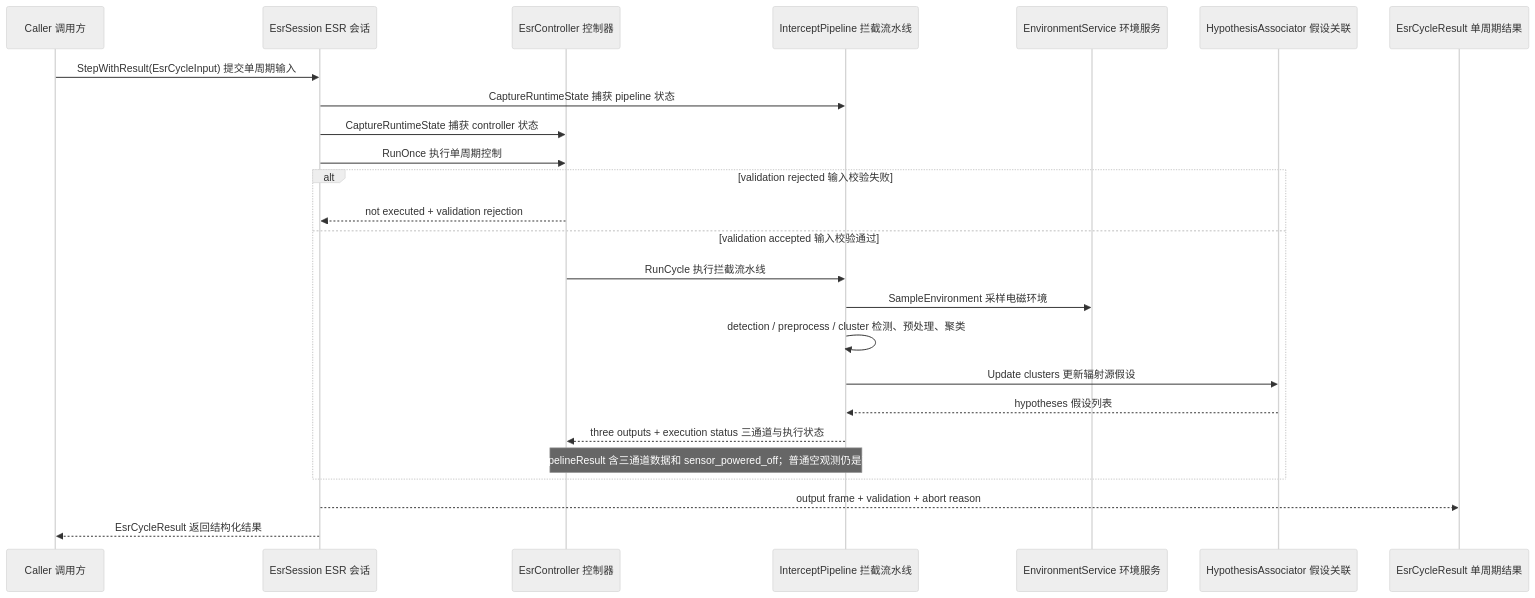
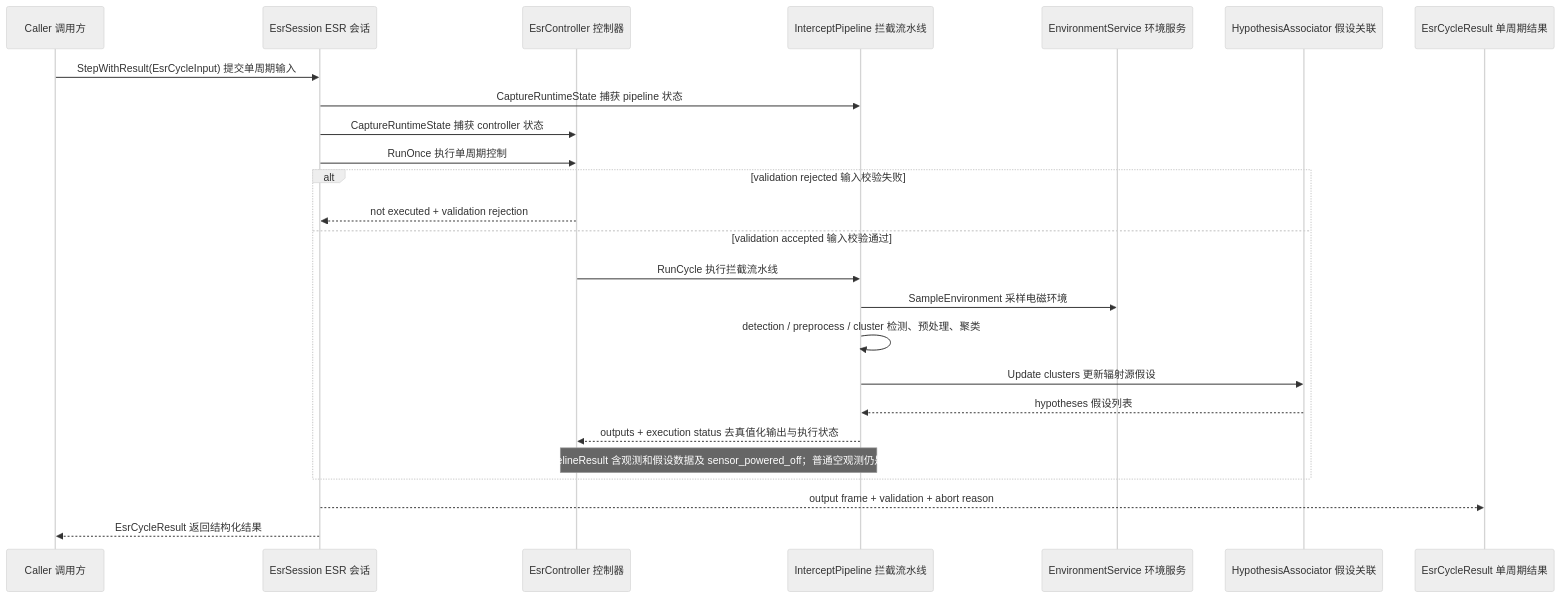
The second of 5 diagrams in docs/electronic_surveillance_radar/design.md (boilwater-3/1q), drawn with Mermaid (neutral theme) before and after one commit. The commit also changed other lines of this file and 18 other files, not shown here.

````diff
--- a/docs/electronic_surveillance_radar/design.md
+++ b/docs/electronic_surveillance_radar/design.md
@@ -103,28 +102,28 @@
 ```mermaid
 sequenceDiagram
   participant Caller as Caller 调用方
   participant Session as EsrSession ESR 会话
   participant Controller as EsrController 控制器
   participant Pipeline as InterceptPipeline 拦截流水线
   participant Env as EnvironmentService 环境服务
   participant Assoc as HypothesisAssociator 假设关联
   participant Result as EsrCycleResult 单周期结果
 
   Caller->>Session: StepWithResult(EsrCycleInput) 提交单周期输入
   Session->>Pipeline: CaptureRuntimeState 捕获 pipeline 状态
   Session->>Controller: CaptureRuntimeState 捕获 controller 状态
   Session->>Controller: RunOnce 执行单周期控制
   alt validation rejected 输入校验失败
     Controller-->>Session: not executed + validation rejection
   else validation accepted 输入校验通过
   Controller->>Pipeline: RunCycle 执行拦截流水线
   Pipeline->>Env: SampleEnvironment 采样电磁环境
   Pipeline->>Pipeline: detection / preprocess / cluster 检测、预处理、聚类
   Pipeline->>Assoc: Update clusters 更新辐射源假设
   Assoc-->>Pipeline: hypotheses 假设列表
-  Pipeline-->>Controller: three outputs + execution status 三通道与执行状态
-  note over Pipeline,Controller: InterceptPipelineResult 含三通道数据和 sensor_powered_off；普通空观测仍是已执行结果
+  Pipeline-->>Controller: outputs + execution status 去真值化输出与执行状态
+  note over Pipeline,Controller: InterceptPipelineResult 含观测和假设数据及 sensor_powered_off；普通空观测仍是已执行结果
   end
   Session-->>Result: output frame + validation + abort reason
   Session-->>Caller: EsrCycleResult 返回结构化结果
 ```
````
